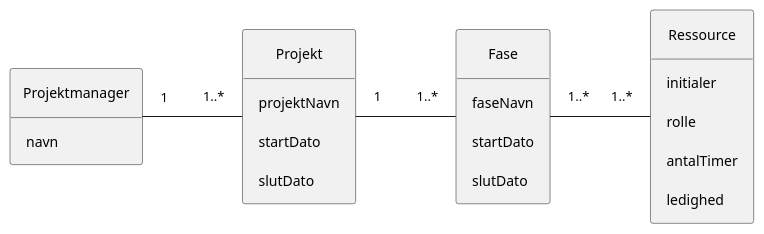
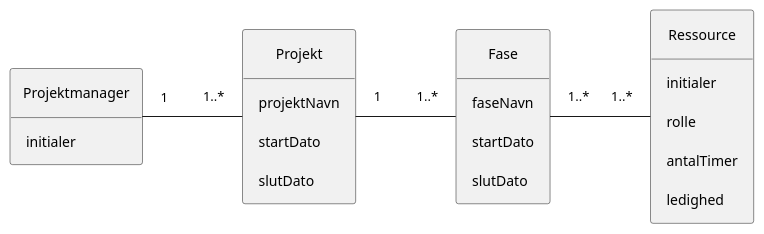
The diagram in Models/Novo-DomainModel.plantuml (Rasmuus15/Eksamensprojekt-Novo), drawn with PlantUML before and after one commit.

```diff
--- a/Models/Novo-DomainModel.plantuml
+++ b/Models/Novo-DomainModel.plantuml
@@ -1,50 +1,50 @@
 @startuml
 hide circle
 hide empty members
 
 skinparam padding 10
 skinparam nodesep 100
 skinparam ranksep 100
 
 Projektmanager "1" ---right--- "1..*" Projekt
 Fase "1..*" ---left--- "1" Projekt
 Fase "1..*" ---right--- "1..*" Ressource
 ' Kompleksitet "1" ---right--- "1..*" Pro
 ' Kompleksitet "1" ---right--- "1..*" Fase
 ' Kompleksitet "1" ---right--- "1..*" Bemanding
 
 'Konceptuelle klasser
 Class Projektmanager
 {
-    navn
+    initialer
 }
 
 Class Ressource
 {
     initialer
     rolle
     antalTimer
     ledighed
 }
 
 Class Fase
 {
     faseNavn
     startDato
     slutDato
 }
 
 Class Projekt
 {
     projektNavn
     startDato
     slutDato
 }
 
 ' Class Kompleksitet
 ' {
 '     kompleksitetsgrad
 ' }
 
 
 @enduml
```
